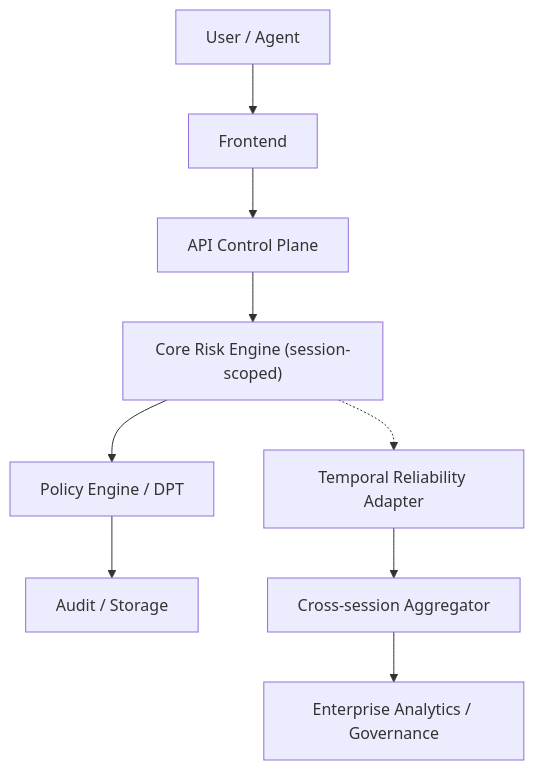
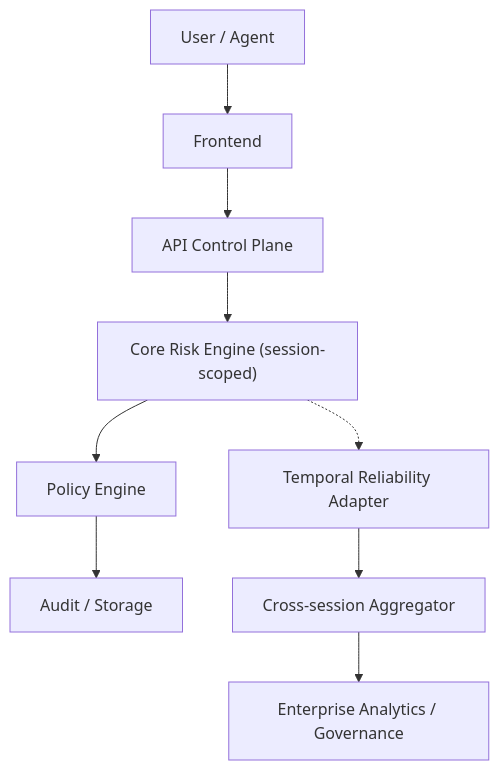
Before and after one commit to arf-foundation/arf-spec: the second of 3 diagrams in docs/design.md, drawn with Mermaid.

````diff
--- a/docs/design.md
+++ b/docs/design.md
@@ -148,11 +148,11 @@
 ```mermaid
 graph TD
     A["User / Agent"] --> B["Frontend"]
     B --> C["API Control Plane"]
     C --> D["Core Risk Engine (session-scoped)"]
-    D --> E["Policy Engine / DPT"]
+    D --> E["Policy Engine"]
     E --> F["Audit / Storage"]
     D -.-> G["Temporal Reliability Adapter"]
     G --> H["Cross-session Aggregator"]
     H --> I["Enterprise Analytics / Governance"]
 ```
````
